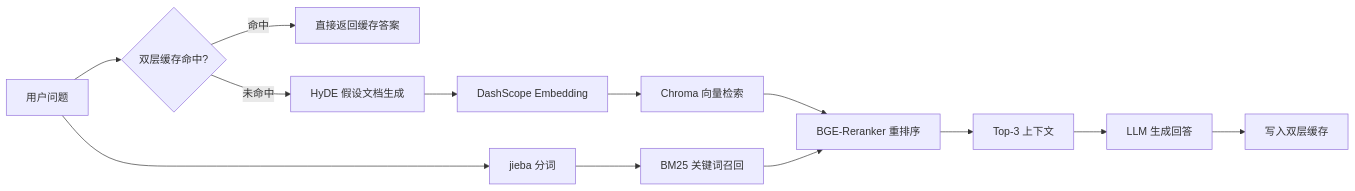
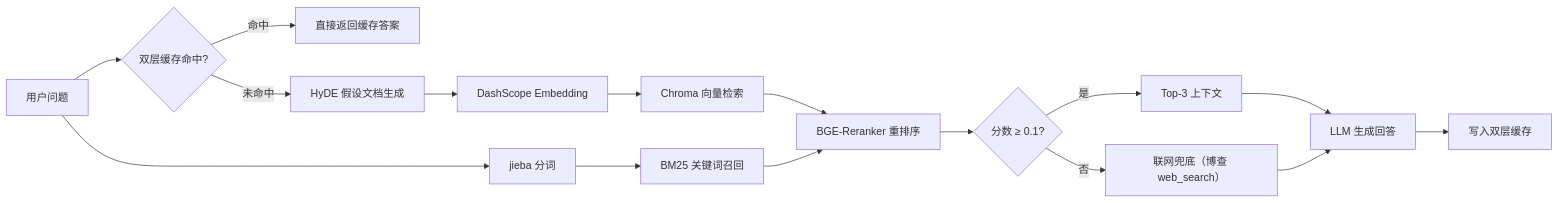
One commit to orange-orunji/SmartDoc-rag changed the first of 2 diagrams in README.md. Above: the diagram before and after it, drawn with Mermaid. The commit also changed other lines of this file and 3 other files, not shown here.

````diff
--- a/README.md
+++ b/README.md
@@ -61,15 +62,18 @@
 ```mermaid
 graph LR
     Q[用户问题] --> Cache{双层缓存命中?}
     Cache -->|命中| A[直接返回缓存答案]
     Cache -->|未命中| HyDE[HyDE 假设文档生成]
     HyDE --> Emb[DashScope Embedding]
     Emb --> Vec[Chroma 向量检索]
     Q --> Jieba[jieba 分词]
     Jieba --> BM25[BM25 关键词召回]
     Vec --> Rerank[BGE-Reranker 重排序]
     BM25 --> Rerank
-    Rerank --> Top3[Top-3 上下文]
+    Rerank --> ScoreCheck{分数 ≥ 0.1?}
+    ScoreCheck -->|是| Top3[Top-3 上下文]
+    ScoreCheck -->|否| Web[联网兜底（博查 web_search）]
     Top3 --> LLM[LLM 生成回答]
+    Web --> LLM
     LLM --> Store[写入双层缓存]
 ```
````
